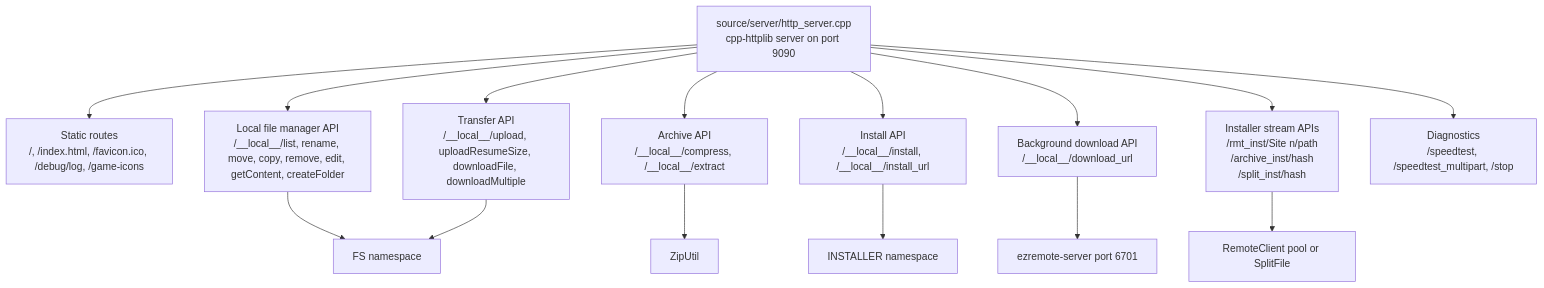
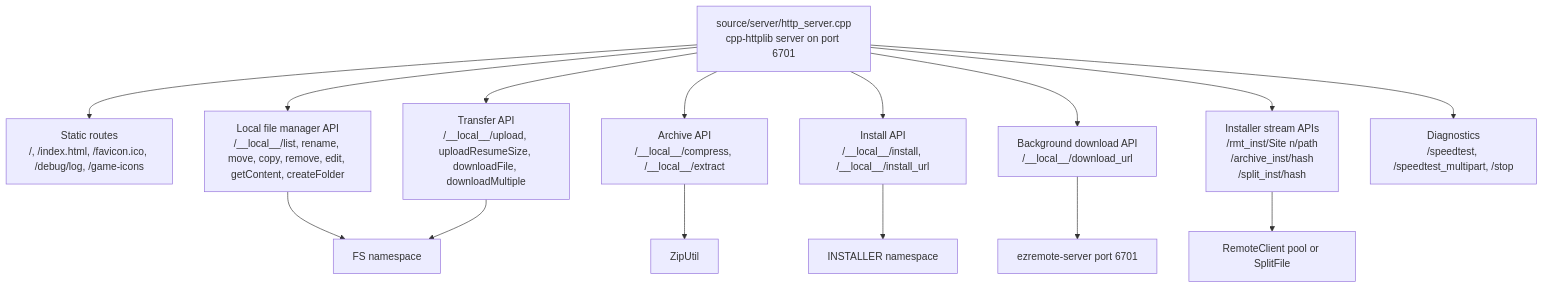
One commit to t-tx/ps5-ezremote-client changed diagram 11 of 32 in DIAGRAMS.md. Above: the diagram before and after it, drawn with Mermaid. The commit also changed other lines of this file and 36 other files, not shown here.

````diff
--- a/DIAGRAMS.md
+++ b/DIAGRAMS.md
@@ -292,20 +292,20 @@
 ```mermaid
 flowchart TB
-    ClientServer["source/server/http_server.cpp\ncpp-httplib server on port 9090"]
+    ClientServer["source/server/http_server.cpp\ncpp-httplib server on port 6701"]
 
     ClientServer --> Static["Static routes\n/, /index.html, /favicon.ico, /debug/log, /game-icons"]
     ClientServer --> FileApi["Local file manager API\n/__local__/list, rename, move, copy, remove, edit, getContent, createFolder"]
     ClientServer --> TransferApi["Transfer API\n/__local__/upload, uploadResumeSize, downloadFile, downloadMultiple"]
     ClientServer --> ArchiveApi["Archive API\n/__local__/compress, /__local__/extract"]
     ClientServer --> InstallApi["Install API\n/__local__/install, /__local__/install_url"]
     ClientServer --> DownloadApi["Background download API\n/__local__/download_url"]
     ClientServer --> ProxyApi["Installer stream APIs\n/rmt_inst/Site n/path\n/archive_inst/hash\n/split_inst/hash"]
     ClientServer --> Diagnostics["Diagnostics\n/speedtest, /speedtest_multipart, /stop"]
 
     FileApi --> FS["FS namespace"]
     TransferApi --> FS
     ArchiveApi --> ZipUtil["ZipUtil"]
     InstallApi --> Installer["INSTALLER namespace"]
     DownloadApi --> ServerPayload["ezremote-server port 6701"]
     ProxyApi --> RemoteClients["RemoteClient pool or SplitFile"]
 ```
````
